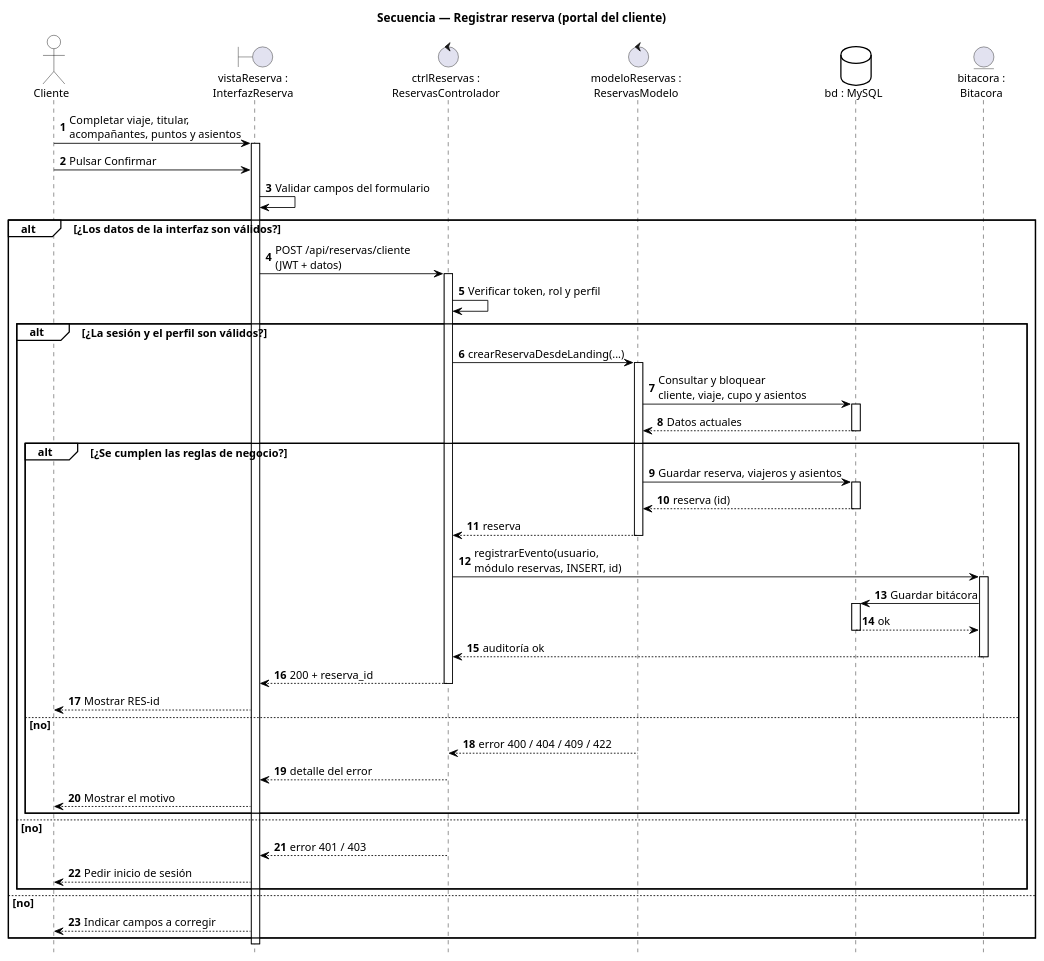
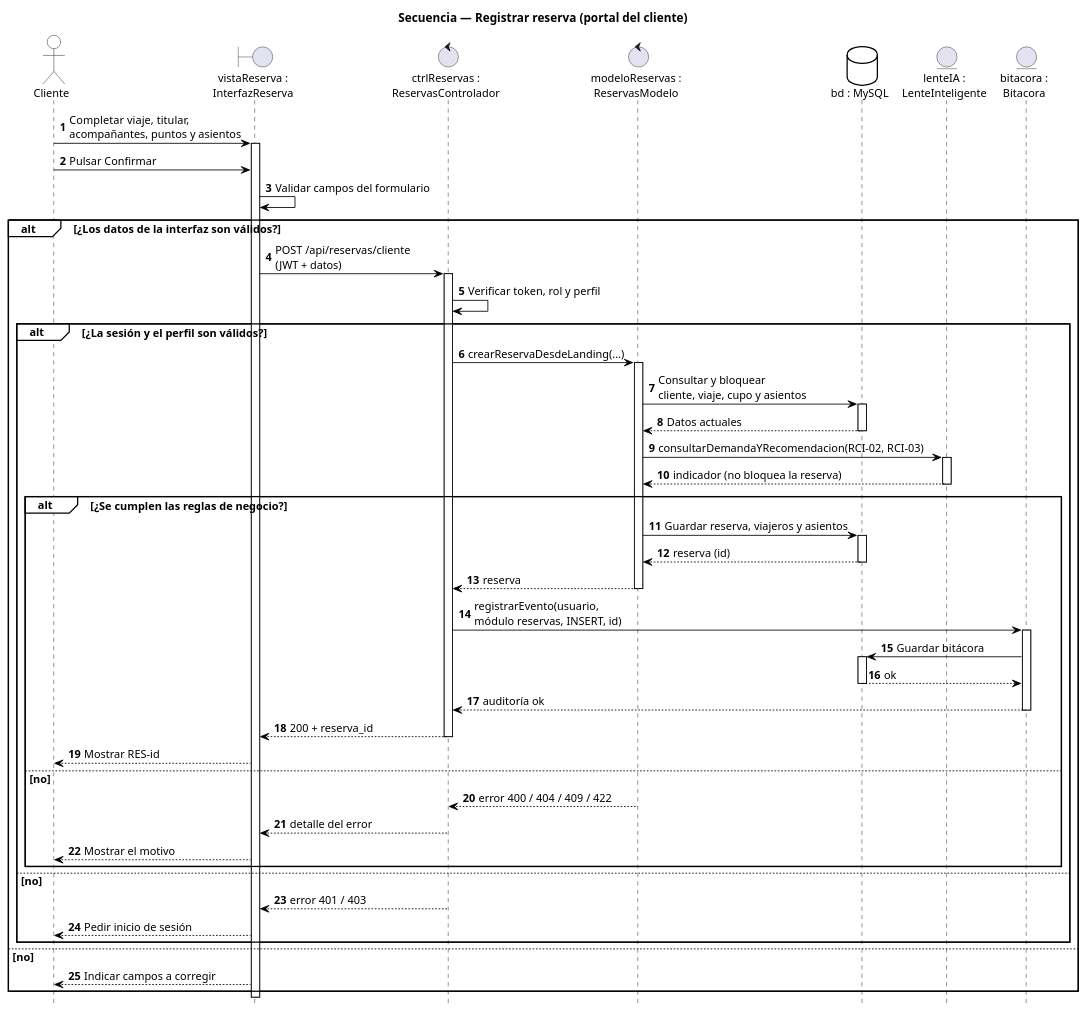
Before and after one commit to gioser1107/SIGEL: the diagram in docs/ENTREGA_DOCUMENTAL/diagramas/puml/secuencia/PATRON_RESERVA_PORTAL.puml, drawn with PlantUML. The commit also changed 209 other files, not shown here.

```diff
--- a/docs/ENTREGA_DOCUMENTAL/diagramas/puml/secuencia/PATRON_RESERVA_PORTAL.puml
+++ b/docs/ENTREGA_DOCUMENTAL/diagramas/puml/secuencia/PATRON_RESERVA_PORTAL.puml
@@ -1,88 +1,94 @@
 @startuml
 title Secuencia — Registrar reserva (portal del cliente)
 
 skinparam backgroundColor #FFFFFF
 skinparam shadowing false
 skinparam defaultFontName Helvetica
 skinparam defaultFontSize 13
 skinparam roundcorner 0
 skinparam sequence {
   ArrowColor black
   ActorBorderColor black
   ActorBackgroundColor white
   LifeLineBorderColor black
   ParticipantBorderColor black
   ParticipantBackgroundColor white
   GroupBorderColor black
   GroupBackgroundColor white
 }
 skinparam database {
   BackgroundColor white
   BorderColor black
 }
 hide footbox
 autonumber
 
 actor "Cliente" as cliente
 boundary "vistaReserva :\nInterfazReserva" as vista
 control "ctrlReservas :\nReservasControlador" as ctrl
 control "modeloReservas :\nReservasModelo" as modelo
 database "bd : MySQL" as bd
+entity "lenteIA :\nLenteInteligente" as lente
 entity "bitacora :\nBitacora" as bitacora
 
 cliente -> vista : Completar viaje, titular,\nacompañantes, puntos y asientos
 activate vista
 cliente -> vista : Pulsar Confirmar
 vista -> vista : Validar campos del formulario
 
 alt ¿Los datos de la interfaz son válidos?
   vista -> ctrl : POST /api/reservas/cliente\n(JWT + datos)
   activate ctrl
   ctrl -> ctrl : Verificar token, rol y perfil
 
   alt ¿La sesión y el perfil son válidos?
     ctrl -> modelo : crearReservaDesdeLanding(...)
     activate modelo
     modelo -> bd : Consultar y bloquear\ncliente, viaje, cupo y asientos
     activate bd
     bd --> modelo : Datos actuales
     deactivate bd
+
+    modelo -> lente : consultarDemandaYRecomendacion(RCI-02, RCI-03)
+    activate lente
+    lente --> modelo : indicador (no bloquea la reserva)
+    deactivate lente
 
     alt ¿Se cumplen las reglas de negocio?
       modelo -> bd : Guardar reserva, viajeros y asientos
       activate bd
       bd --> modelo : reserva (id)
       deactivate bd
       modelo --> ctrl : reserva
       deactivate modelo
 
       ctrl -> bitacora : registrarEvento(usuario,\nmódulo reservas, INSERT, id)
       activate bitacora
       bitacora -> bd : Guardar bitácora
       activate bd
       bd --> bitacora : ok
       deactivate bd
       bitacora --> ctrl : auditoría ok
       deactivate bitacora
 
       ctrl --> vista : 200 + reserva_id
       deactivate ctrl
       vista --> cliente : Mostrar RES-id
     else no
       modelo --> ctrl : error 400 / 404 / 409 / 422
       deactivate modelo
       ctrl --> vista : detalle del error
       deactivate ctrl
       vista --> cliente : Mostrar el motivo
     end
   else no
     ctrl --> vista : error 401 / 403
     deactivate ctrl
     vista --> cliente : Pedir inicio de sesión
   end
 else no
   vista --> cliente : Indicar campos a corregir
 end
 
 deactivate vista
 @enduml
```
